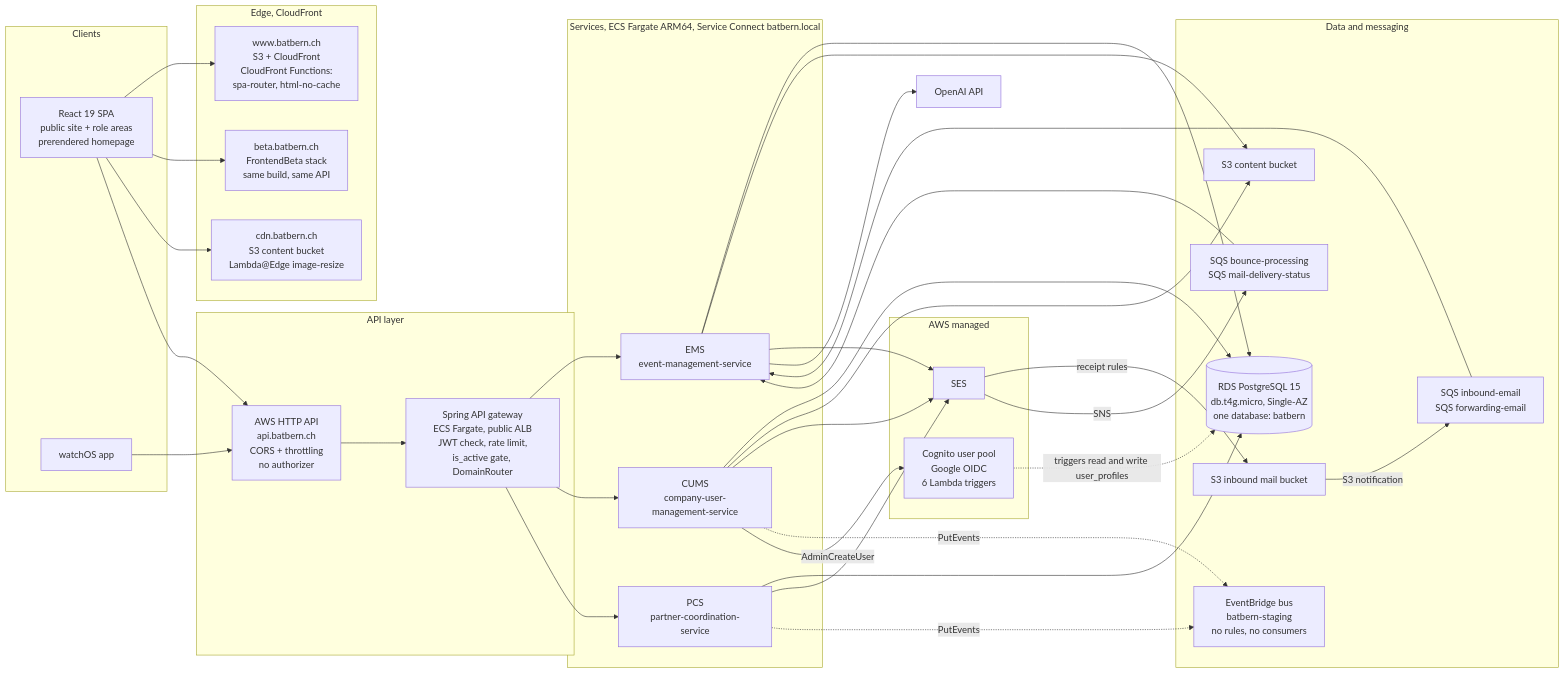
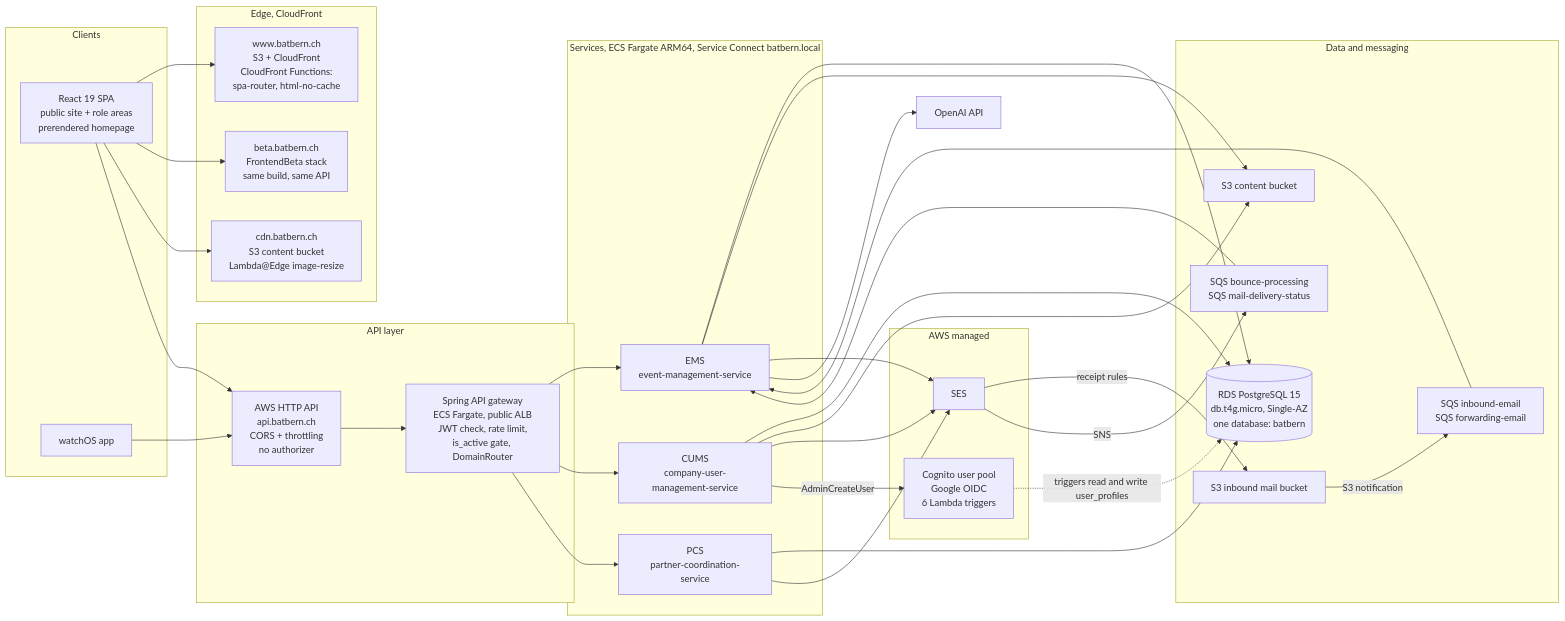
Before and after one commit to nissimbuchs/BATbern2: the third of 8 diagrams in docs/architecture/01-system-overview.md, drawn with Mermaid. The commit also changed other lines of this file and 90 other files, not shown here.

First line of the commit message:
refactor(events): domain events stay in process, EventBridge bus removed (Story 17.2 part B)

````diff
--- a/docs/architecture/01-system-overview.md
+++ b/docs/architecture/01-system-overview.md
@@ -136,64 +136,62 @@
 ```mermaid
 flowchart LR
     subgraph clients["Clients"]
         SPA["React 19 SPA<br/>public site + role areas<br/>prerendered homepage"]
         WAPP["watchOS app"]
     end
 
     subgraph edge["Edge, CloudFront"]
         WWW["www.batbern.ch<br/>S3 + CloudFront<br/>CloudFront Functions:<br/>spa-router, html-no-cache"]
         BETA["beta.batbern.ch<br/>FrontendBeta stack<br/>same build, same API"]
         CDNB["cdn.batbern.ch<br/>S3 content bucket<br/>Lambda@Edge image-resize"]
     end
 
     subgraph api["API layer"]
         HTTPAPI["AWS HTTP API<br/>api.batbern.ch<br/>CORS + throttling<br/>no authorizer"]
         GW["Spring API gateway<br/>ECS Fargate, public ALB<br/>JWT check, rate limit,<br/>is_active gate, DomainRouter"]
     end
 
     subgraph svc["Services, ECS Fargate ARM64, Service Connect batbern.local"]
         EMS["EMS<br/>event-management-service"]
         CUMS["CUMS<br/>company-user-management-service"]
         PCS["PCS<br/>partner-coordination-service"]
     end
 
     subgraph data["Data and messaging"]
         RDS[("RDS PostgreSQL 15<br/>db.t4g.micro, Single-AZ<br/>one database: batbern")]
         S3C["S3 content bucket"]
         S3M["S3 inbound mail bucket"]
         SQSIN["SQS inbound-email<br/>SQS forwarding-email"]
         SQSOUT["SQS bounce-processing<br/>SQS mail-delivery-status"]
-        EB["EventBridge bus<br/>batbern-staging<br/>no rules, no consumers"]
     end
 
     subgraph aws["AWS managed"]
         COG["Cognito user pool<br/>Google OIDC<br/>6 Lambda triggers"]
         SES["SES"]
     end
 
     OAI["OpenAI API"]
 
     SPA --> WWW
     SPA --> BETA
     SPA --> CDNB
     SPA --> HTTPAPI
     WAPP --> HTTPAPI
     HTTPAPI --> GW
     GW --> EMS
     GW --> CUMS
     GW --> PCS
     EMS & CUMS & PCS --> RDS
     EMS & CUMS --> S3C
     EMS --> SES
     CUMS --> SES
     PCS --> SES
     SES -->|"receipt rules"| S3M
     S3M -->|"S3 notification"| SQSIN
     SQSIN --> EMS
     SES -->|"SNS"| SQSOUT
     SQSOUT --> EMS
-    CUMS & PCS -.->|"PutEvents"| EB
     EMS --> OAI
     COG -.->|"triggers read and write user_profiles"| RDS
     CUMS -->|"AdminCreateUser"| COG
 ```
````
